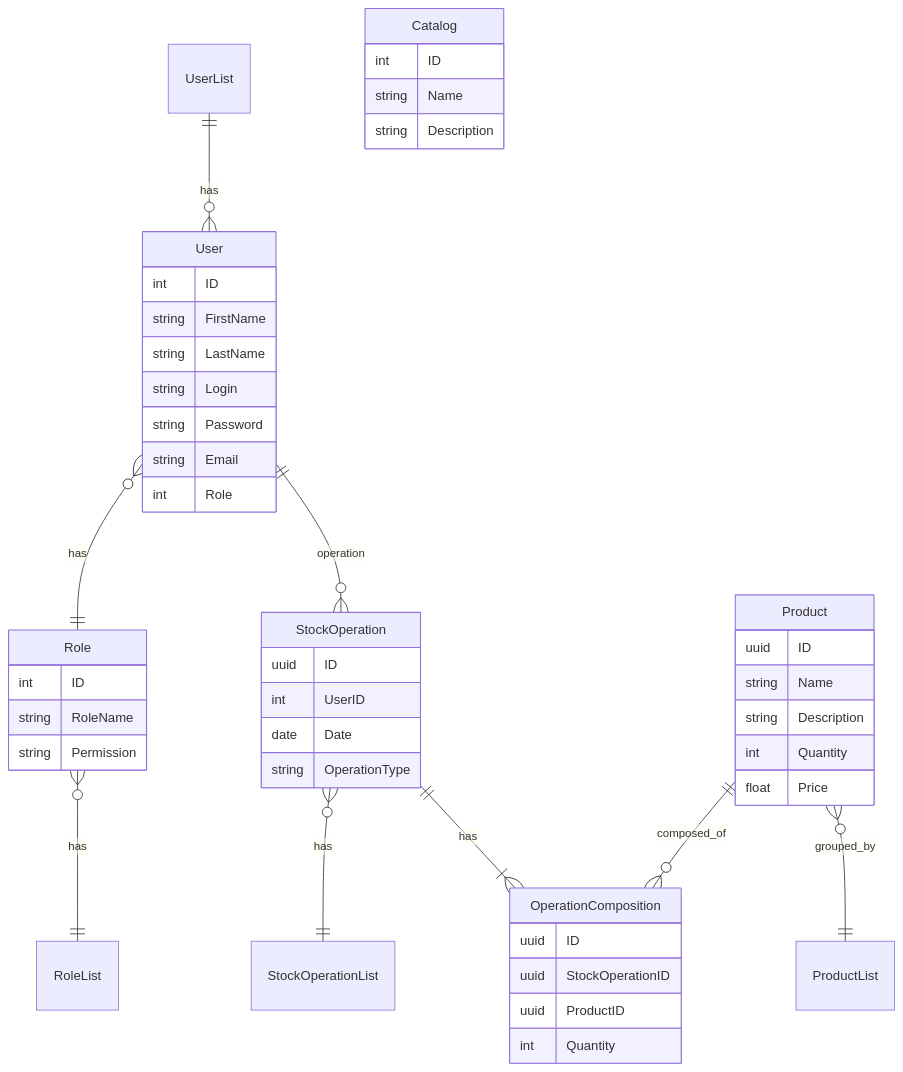
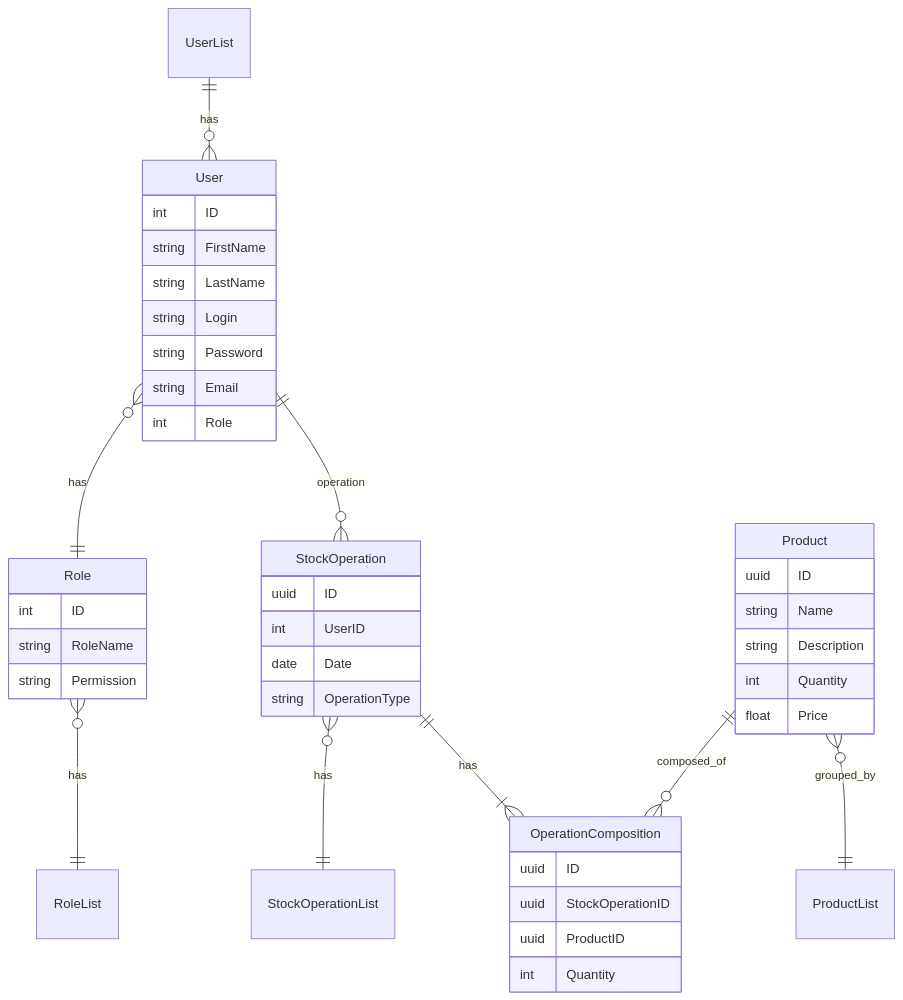
One commit to PortnovAlex80/node_js_pro changed the diagram in api-warehouse/DraftReadme.md. Above: the diagram before and after it, drawn with Mermaid. The commit also changed other lines of this file, not shown here.

````diff
--- a/api-warehouse/DraftReadme.md
+++ b/api-warehouse/DraftReadme.md
@@ -4,63 +3,53 @@
 ```mermaid
 erDiagram
     UserList ||--o{ User : has
     User }o--|| Role : has
     
     Role }o--|| RoleList : has
     
     User {
         int ID
         string FirstName
         string LastName
         string Login
         string Password
         string Email
         int Role
     }
     
     Role {
         int ID
         string RoleName
         string Permission
     }
     
     User ||--o{ StockOperation : operation
     Product ||--o{ OperationComposition : composed_of
     
     StockOperation {
         uuid ID
         int UserID
         date Date
         string OperationType
     }
     
     Product {
         uuid ID
         string Name
         string Description
         int Quantity
         float Price
     }
     
     OperationComposition {
         uuid ID
         uuid StockOperationID
         uuid ProductID
         int Quantity
     }
-	
-    
-	    
+	  
 	Product }o--|| ProductList: grouped_by
 
-    
-    Catalog {
-        int ID
-        string Name
-        string Description
-    }
-    
     StockOperation }o--|| StockOperationList : has
     StockOperation ||--|{ OperationComposition : has
-
 ```
````
